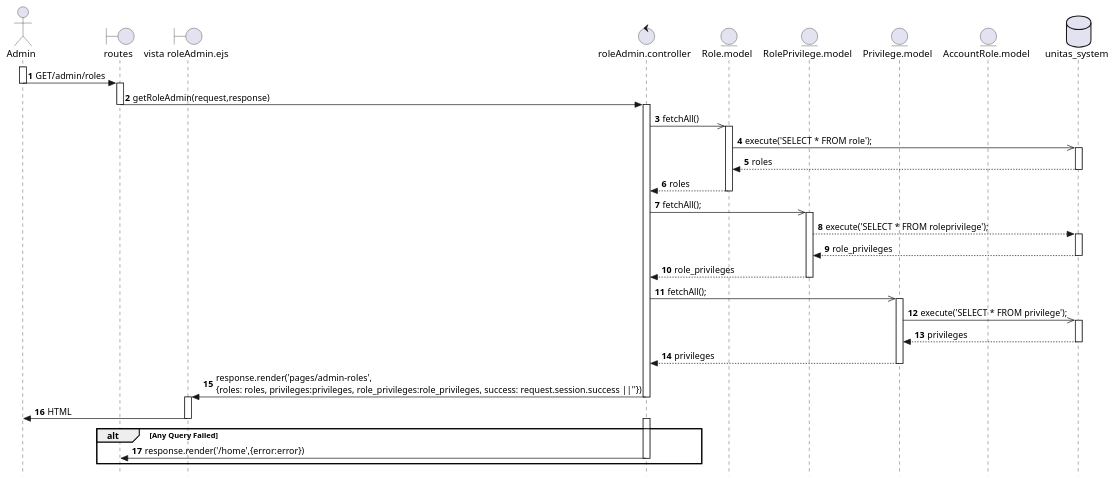
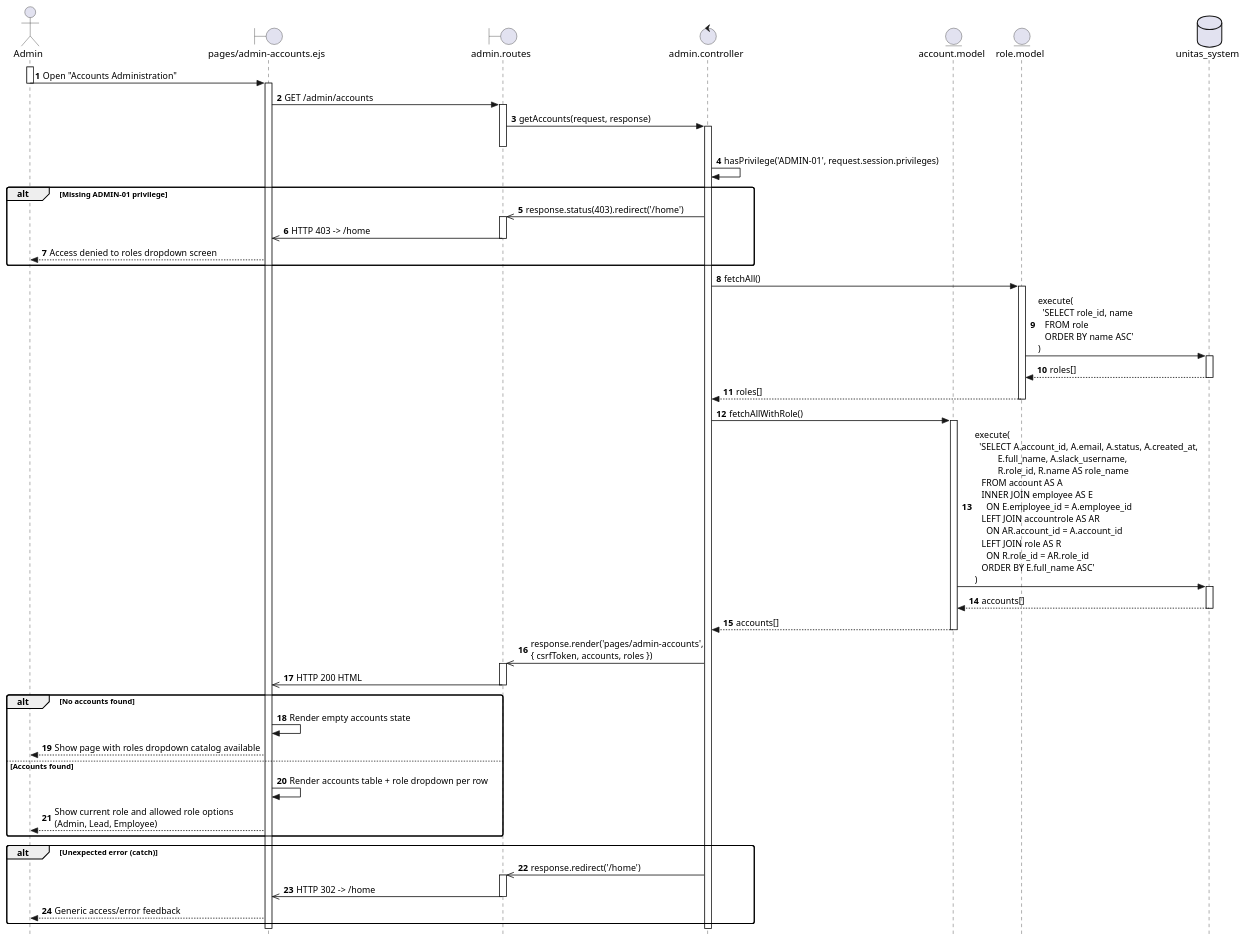
One commit to Berthou05/LimboSoftwareDevelopment_Change.org changed the diagram in documentation/sequence_diagrams/ADMIN-01-SD.puml. Above: the diagram before and after it, drawn with PlantUML. The commit also changed 5 other files, not shown here.

Commit message:
[FIX] corrected diagrams ADMIN-01 AUTH-03 PROJ-08 PROJ-14 PROJ-15 TEAM-2

```diff
--- a/documentation/sequence_diagrams/ADMIN-01-SD.puml
+++ b/documentation/sequence_diagrams/ADMIN-01-SD.puml
@@ -1,61 +1,77 @@
 @startuml
 skinparam style strictuml
-
-actor Admin as A   
-boundary "routes" as RO
-boundary "vista roleAdmin.ejs" as V
-control "roleAdmin.controller" as C
-entity "Role.model" as R
-entity "RolePrivilege.model" as RP
-entity "Privilege.model" as P
-entity "AccountRole.model" as AR
-database "unitas_system" as BD
+skinparam sequenceArrowThickness 1.2
+skinparam roundcorner 6
 autonumber
 
-activate A
-A -> RO:GET/admin/roles
-deactivate A
-    activate RO
-    RO -> C:getRoleAdmin(request,response)
-    deactivate RO
-        activate C
-        C ->> R:fetchAll()
-            activate R
-            R->>BD:execute('SELECT * FROM role');
-                activate BD
-                BD-->R:roles
-                deactivate BD
-            R-->C:roles
-            deactivate R
-        C->>RP:fetchAll();
-            activate RP
-            RP-->BD:execute('SELECT * FROM roleprivilege');
-                activate BD
-                BD-->RP:role_privileges
-                deactivate BD
-            RP-->C:role_privileges
-            deactivate RP
-        C->>P:fetchAll();
-            activate P
-            P->>BD:execute('SELECT * FROM privilege');
-                activate BD
-                BD-->P:privileges
-                deactivate BD
-            P-->C:privileges
-            deactivate P
-            C->V: response.render('pages/admin-roles',\n{roles: roles, privileges:privileges, role_privileges:role_privileges, success: request.session.success ||''})
-        deactivate C
-    activate V
-    V->A:HTML
-    deactivate V
+actor    "Admin"                 as Admin
+boundary "pages/admin-accounts.ejs" as AccountsView
+boundary "admin.routes"          as Routes
+control  "admin.controller"      as Controller
+entity   "account.model"         as AccountModel
+entity   "role.model"            as RoleModel
+database "unitas_system"         as DB
 
+activate Admin
+Admin -> AccountsView : Open "Accounts Administration"
+deactivate Admin
+activate AccountsView
+AccountsView -> Routes : GET /admin/accounts
+activate Routes
+Routes -> Controller : getAccounts(request, response)
+activate Controller
+deactivate Routes
 
-alt Any Query Failed
-    activate C
-    C->RO: response.render('/home',{error:error})
-    deactivate C
+Controller -> Controller : hasPrivilege('ADMIN-01', request.session.privileges)
 
+alt Missing ADMIN-01 privilege
+    Controller ->> Routes : response.status(403).redirect('/home')
+    activate Routes
+    Routes ->> AccountsView : HTTP 403 -> /home
+    deactivate Routes
+    AccountsView --> Admin : Access denied to roles dropdown screen
+end
 
-end 
+Controller -> RoleModel : fetchAll()
+activate RoleModel
+RoleModel -> DB : execute(\n  'SELECT role_id, name\n   FROM role\n   ORDER BY name ASC'\n)
+activate DB
+DB --> RoleModel : roles[]
+deactivate DB
+RoleModel --> Controller : roles[]
+deactivate RoleModel
+
+Controller -> AccountModel : fetchAllWithRole()
+activate AccountModel
+AccountModel -> DB : execute(\n  'SELECT A.account_id, A.email, A.status, A.created_at,\n          E.full_name, A.slack_username,\n          R.role_id, R.name AS role_name\n   FROM account AS A\n   INNER JOIN employee AS E\n     ON E.employee_id = A.employee_id\n   LEFT JOIN accountrole AS AR\n     ON AR.account_id = A.account_id\n   LEFT JOIN role AS R\n     ON R.role_id = AR.role_id\n   ORDER BY E.full_name ASC'\n)
+activate DB
+DB --> AccountModel : accounts[]
+deactivate DB
+AccountModel --> Controller : accounts[]
+deactivate AccountModel
+
+Controller ->> Routes : response.render('pages/admin-accounts',\n{ csrfToken, accounts, roles })
+activate Routes
+Routes ->> AccountsView : HTTP 200 HTML
+deactivate Routes
+
+alt No accounts found
+    AccountsView -> AccountsView : Render empty accounts state
+    AccountsView --> Admin : Show page with roles dropdown catalog available
+else Accounts found
+    AccountsView -> AccountsView : Render accounts table + role dropdown per row
+    AccountsView --> Admin : Show current role and allowed role options\n(Admin, Lead, Employee)
+end
+
+alt Unexpected error (catch)
+    Controller ->> Routes : response.redirect('/home')
+    activate Routes
+    Routes ->> AccountsView : HTTP 302 -> /home
+    deactivate Routes
+    AccountsView --> Admin : Generic access/error feedback
+end
+
+deactivate Controller
+deactivate AccountsView
 
 @enduml
```
